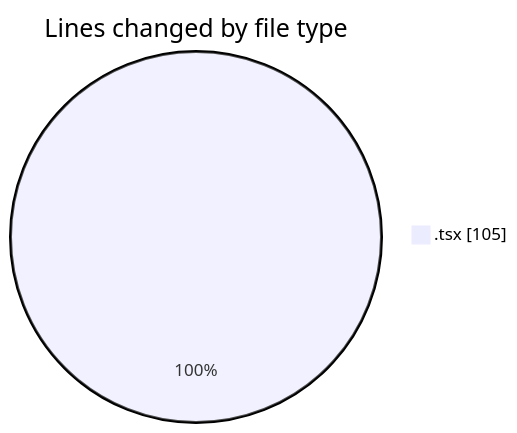
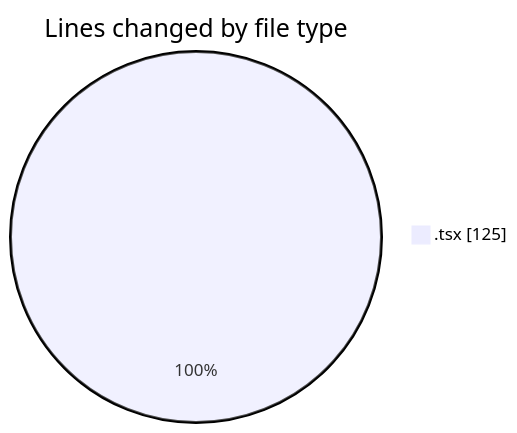
Before and after one commit to julien-gomy/code-tracking: the first of 2 diagrams in 2025-11-18/eventscop-frontend-guide__workspace_/README.md, drawn with Mermaid. The commit also changed other lines of this file and 1 other file, not shown here.

````diff
--- a/2025-11-18/eventscop-frontend-guide__workspace_/README.md
+++ b/2025-11-18/eventscop-frontend-guide__workspace_/README.md
@@ -21,5 +21,5 @@
 ```mermaid
 pie showData
 title Lines changed by file type
-".tsx" : 105
+".tsx" : 125
 ```
````
